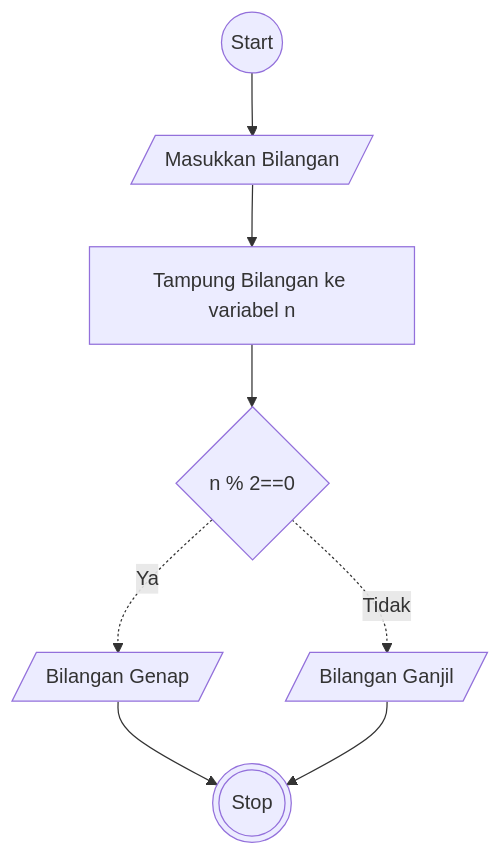
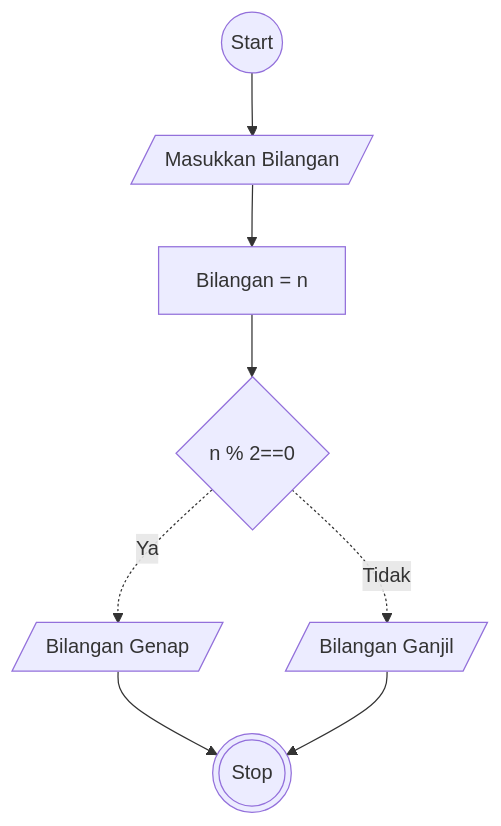
Before and after one commit to dimastadeoo/koda-b8-algoritma: the diagram in ganjil-genap.md, drawn with Mermaid.

````diff
--- a/ganjil-genap.md
+++ b/ganjil-genap.md
@@ -16,19 +16,19 @@
 ```mermaid
 flowchart TD
     A@{ shape: circle, label: "Start" }
     
     B@{ shape: lean-r, label: "Masukkan Bilangan" }
-    G@{ shape: rect, label: "Tampung Bilangan ke variabel n" }
+    G@{ shape: rect, label: "Bilangan = n" }
 
     C@{ shape: diamond, label: "n % 2==0" }
 
     D@{ shape: lean-r, label: "Bilangan Ganjil" }
     E@{ shape: lean-r, label: "Bilangan Genap" }
 
     F@{ shape: dbl-circ, label: "Stop" }
 
     A --> B --> G --> C-. Ya .-> E --> F
     C-. Tidak .-> D --> F
 
 
 ```
````
